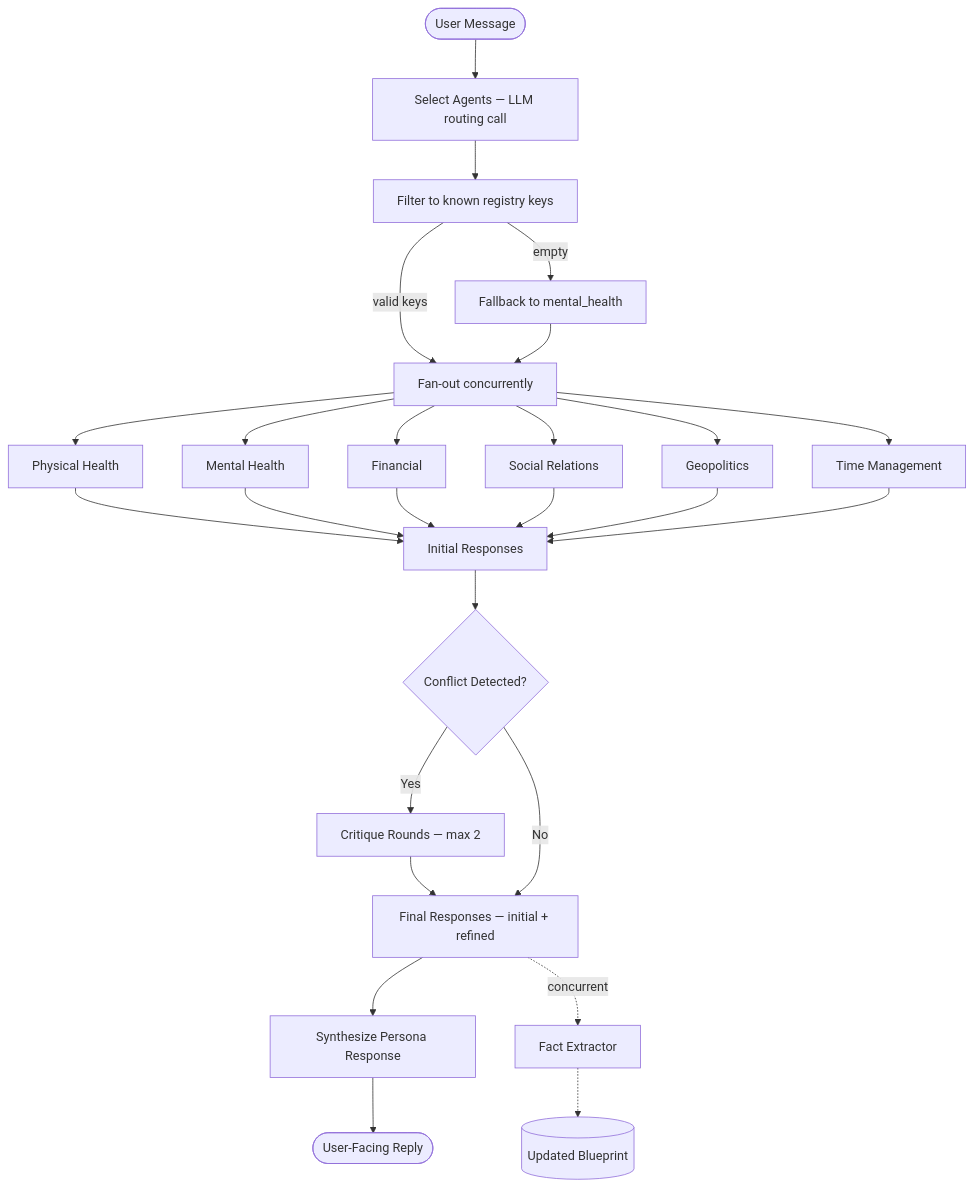
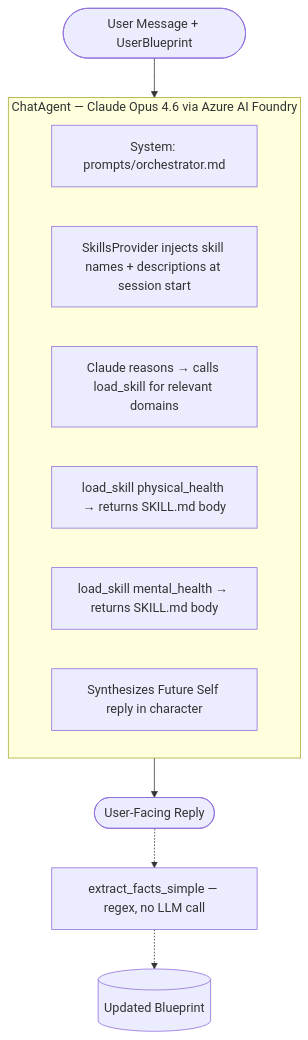
Before and after one commit to scopeta/futureself: the diagram in futureself-spec.md, drawn with Mermaid. The commit also changed other lines of this file and 164 other files, not shown here.

````diff
--- a/futureself-spec.md
+++ b/futureself-spec.md
@@ -29,30 +29,17 @@
 ```mermaid
 flowchart TD
-    User([User Message]) --> Select[Select Agents — LLM routing call]
-    Select --> Filter[Filter to known registry keys]
-    Filter -->|empty| Fallback[Fallback to mental_health]
-    Filter -->|valid keys| FanOut
+    User([User Message + UserBlueprint]) --> Agent
 
-    Fallback --> FanOut[Fan-out concurrently]
+    subgraph Agent [ChatAgent — Claude Opus 4.6 via Azure AI Foundry]
+        System[System: prompts/orchestrator.md]
+        Skills[SkillsProvider injects skill names + descriptions at session start]
+        Reason[Claude reasons → calls load_skill for relevant domains]
+        Skill1[load_skill physical_health → returns SKILL.md body]
+        Skill2[load_skill mental_health → returns SKILL.md body]
+        Synthesize[Synthesizes Future Self reply in character]
+    end
 
-    FanOut --> Health[Physical Health]
-    FanOut --> Mental[Mental Health]
-    FanOut --> Finance[Financial]
-    FanOut --> Social[Social Relations]
-    FanOut --> Geo[Geopolitics]
-    FanOut --> TimeMgmt[Time Management]
-
-    Health & Mental & Finance & Social & Geo & TimeMgmt --> Responses[Initial Responses]
-
-    Responses --> ConflictCheck{Conflict Detected?}
-
-    ConflictCheck -->|Yes| Critique[Critique Rounds — max 2]
-    Critique --> Final[Final Responses — initial + refined]
-    ConflictCheck -->|No| Final
-
-    Final --> Synthesis[Synthesize Persona Response]
-    Final -.->|concurrent| Extractor[Fact Extractor]
-
-    Synthesis --> Reply([User-Facing Reply])
-    Extractor -.-> Blueprint[(Updated Blueprint)]
+    Agent --> Reply([User-Facing Reply])
+    Reply -.-> Facts[extract_facts_simple — regex, no LLM call]
+    Facts -.-> Blueprint[(Updated Blueprint)]
 ```
````
